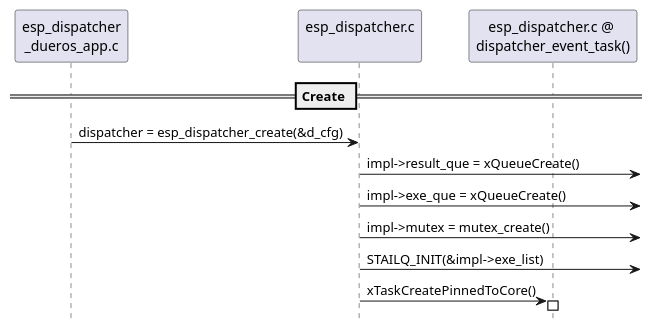
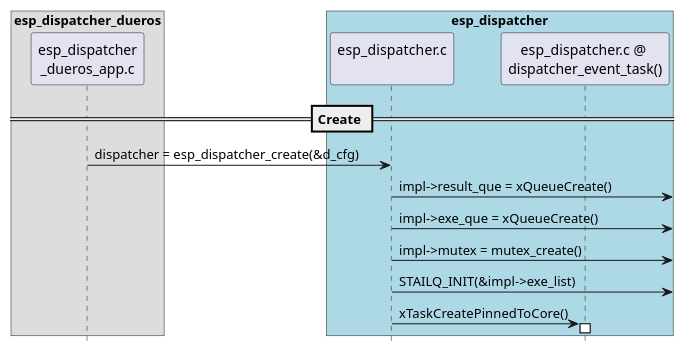
Before and after one commit to liangzhu2008/learn-esp-adf: the second of 5 diagrams in docs/inside-dispatcher/esp_dispatcher.rst, drawn with PlantUML. The commit also changed other lines of this file and 14 other files, not shown here.

Commit message:
用 plantweb 替换 plantuml.jar & graphviz

```diff
--- a/docs/inside-dispatcher/esp_dispatcher.rst
+++ b/docs/inside-dispatcher/esp_dispatcher.rst
@@ -68,17 +73,22 @@
 .. uml::
 
     hide footbox
 
-    participant "esp_dispatcher\n_dueros_app.c" as esp_app order 10
-    participant "esp_dispatcher.c\n" as esp_component order 50
-    participant "esp_dispatcher.c @ \ndispatcher_event_task()" as component_task order 60
+    box "esp_dispatcher_dueros"
+    participant "esp_dispatcher\n_dueros_app.c"         as example           order 10
+    end box
+
+    box "esp_dispatcher" #LightBlue
+    participant "esp_dispatcher.c\n"                    as dispatcher_comp   order 20
+    participant "esp_dispatcher.c @ \ndispatcher_event_task()" as dispatcher_task   order 30
+    end box
 
     == Create ==
-    esp_app -> esp_component : dispatcher = esp_dispatcher_create(&d_cfg)
+    example -> dispatcher_comp : dispatcher = esp_dispatcher_create(&d_cfg)
 
-    esp_component ->] : impl->result_que = xQueueCreate()
-    esp_component ->] : impl->exe_que = xQueueCreate()
-    esp_component ->] : impl->mutex = mutex_create()
-    esp_component ->] : STAILQ_INIT(&impl->exe_list)
-    esp_component -> component_task : xTaskCreatePinnedToCore()
-    activate component_task 
+    dispatcher_comp ->] : impl->result_que = xQueueCreate()
+    dispatcher_comp ->] : impl->exe_que = xQueueCreate()
+    dispatcher_comp ->] : impl->mutex = mutex_create()
+    dispatcher_comp ->] : STAILQ_INIT(&impl->exe_list)
+    dispatcher_comp -> dispatcher_task : xTaskCreatePinnedToCore()
+    activate dispatcher_task 
```
